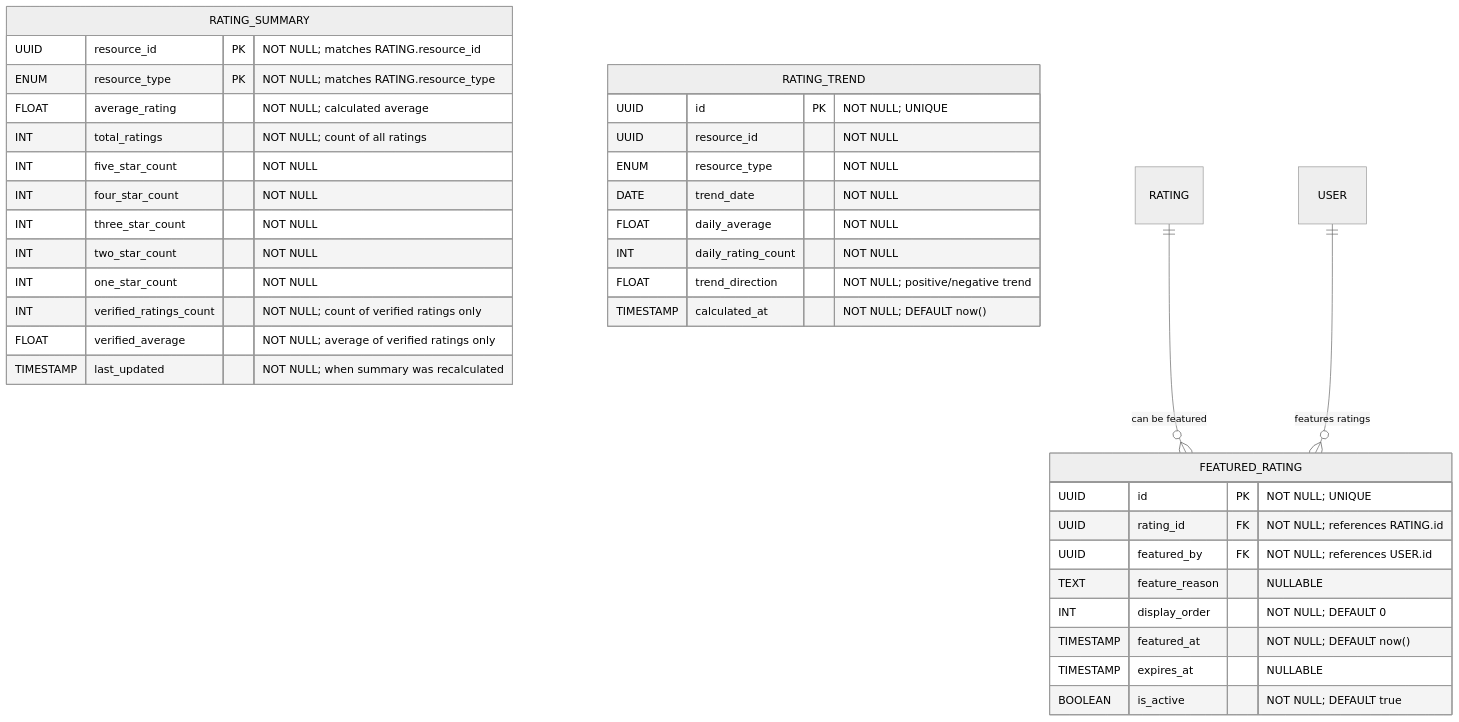
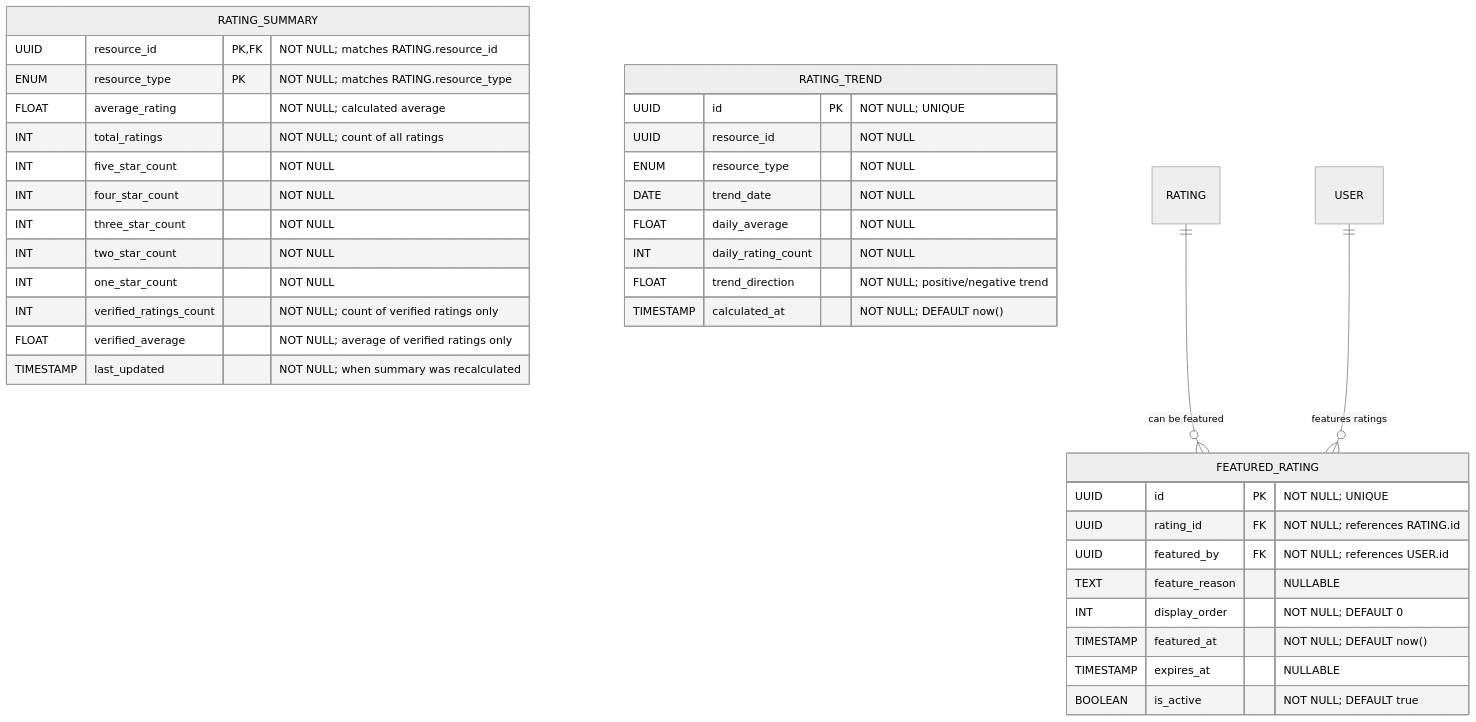
One commit to Dratharias/Motriforge changed the diagram in docs/rating/rating_analytics_aggregation.md. Above: the diagram before and after it, drawn with Mermaid (neutral theme). The commit also changed 20 other files, not shown here.

````diff
--- a/docs/rating/rating_analytics_aggregation.md
+++ b/docs/rating/rating_analytics_aggregation.md
@@ -8,46 +8,46 @@
 ```mermaid
 erDiagram
   %%=== Layer 3: Rating Analytics & Aggregation ===%%
 
   RATING_SUMMARY {
-    UUID resource_id PK                "NOT NULL; matches RATING.resource_id"
+    UUID resource_id PK,FK                "NOT NULL; matches RATING.resource_id"
     ENUM resource_type PK              "NOT NULL; matches RATING.resource_type"
     FLOAT average_rating               "NOT NULL; calculated average"
     INT total_ratings                  "NOT NULL; count of all ratings"
     INT five_star_count                "NOT NULL"
     INT four_star_count                "NOT NULL"
     INT three_star_count               "NOT NULL"
     INT two_star_count                 "NOT NULL"
     INT one_star_count                 "NOT NULL"
     INT verified_ratings_count         "NOT NULL; count of verified ratings only"
     FLOAT verified_average             "NOT NULL; average of verified ratings only"
     TIMESTAMP last_updated             "NOT NULL; when summary was recalculated"
   }
 
   RATING_TREND {
     UUID id PK                         "NOT NULL; UNIQUE"
     UUID resource_id                   "NOT NULL"
     ENUM resource_type                 "NOT NULL"
     DATE trend_date                    "NOT NULL"
     FLOAT daily_average                "NOT NULL"
     INT daily_rating_count             "NOT NULL"
     FLOAT trend_direction              "NOT NULL; positive/negative trend"
     TIMESTAMP calculated_at            "NOT NULL; DEFAULT now()"
   }
 
   FEATURED_RATING {
     UUID id PK                         "NOT NULL; UNIQUE"
     UUID rating_id FK                  "NOT NULL; references RATING.id"
     UUID featured_by FK                "NOT NULL; references USER.id"
     TEXT feature_reason                "NULLABLE"
     INT display_order                  "NOT NULL; DEFAULT 0"
     TIMESTAMP featured_at              "NOT NULL; DEFAULT now()"
     TIMESTAMP expires_at               "NULLABLE"
     BOOLEAN is_active                  "NOT NULL; DEFAULT true"
   }
 
   %%— Relationships in Layer 3 —
   RATING ||--o{ FEATURED_RATING       : "can be featured"
   USER ||--o{ FEATURED_RATING         : "features ratings"
 
 ```
````
